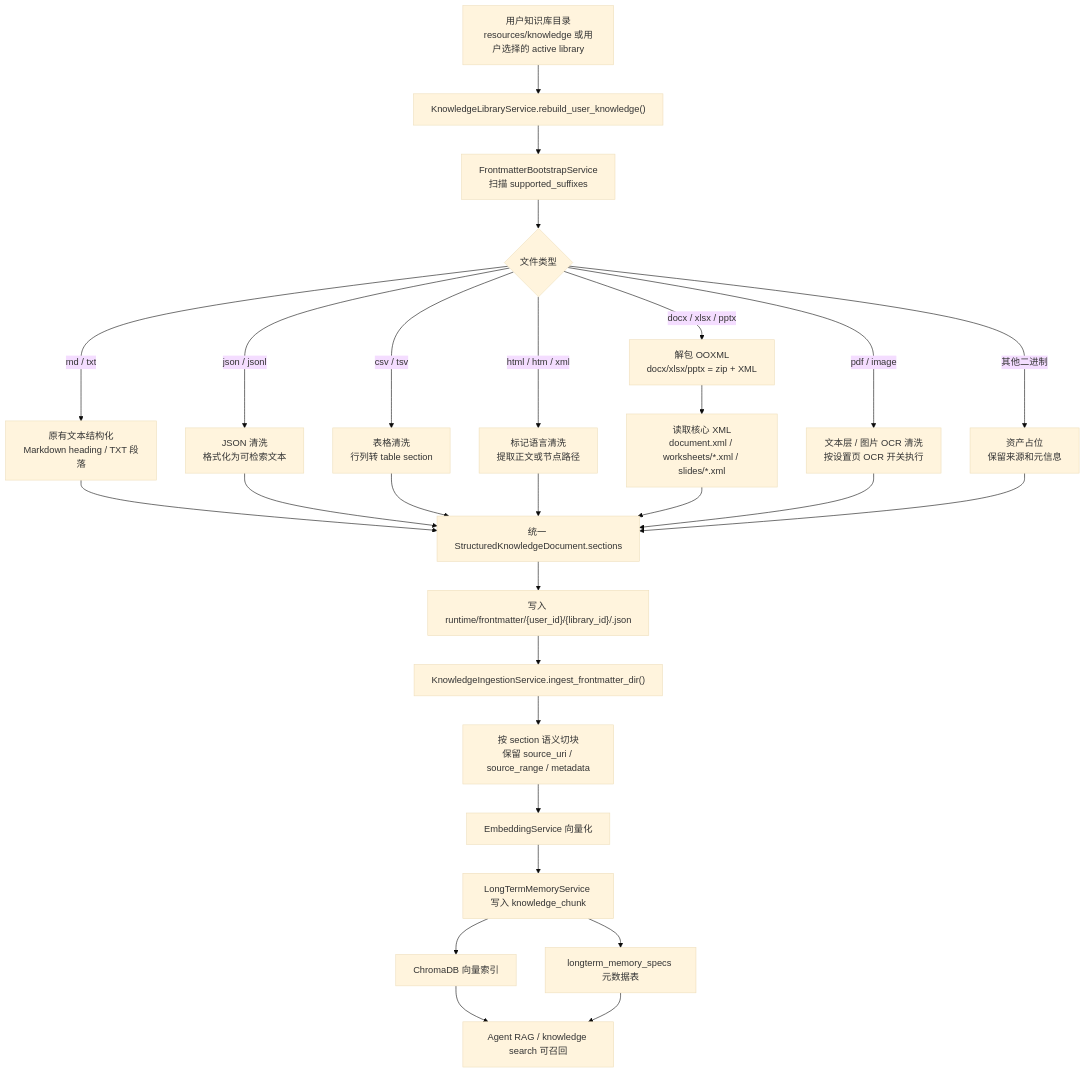
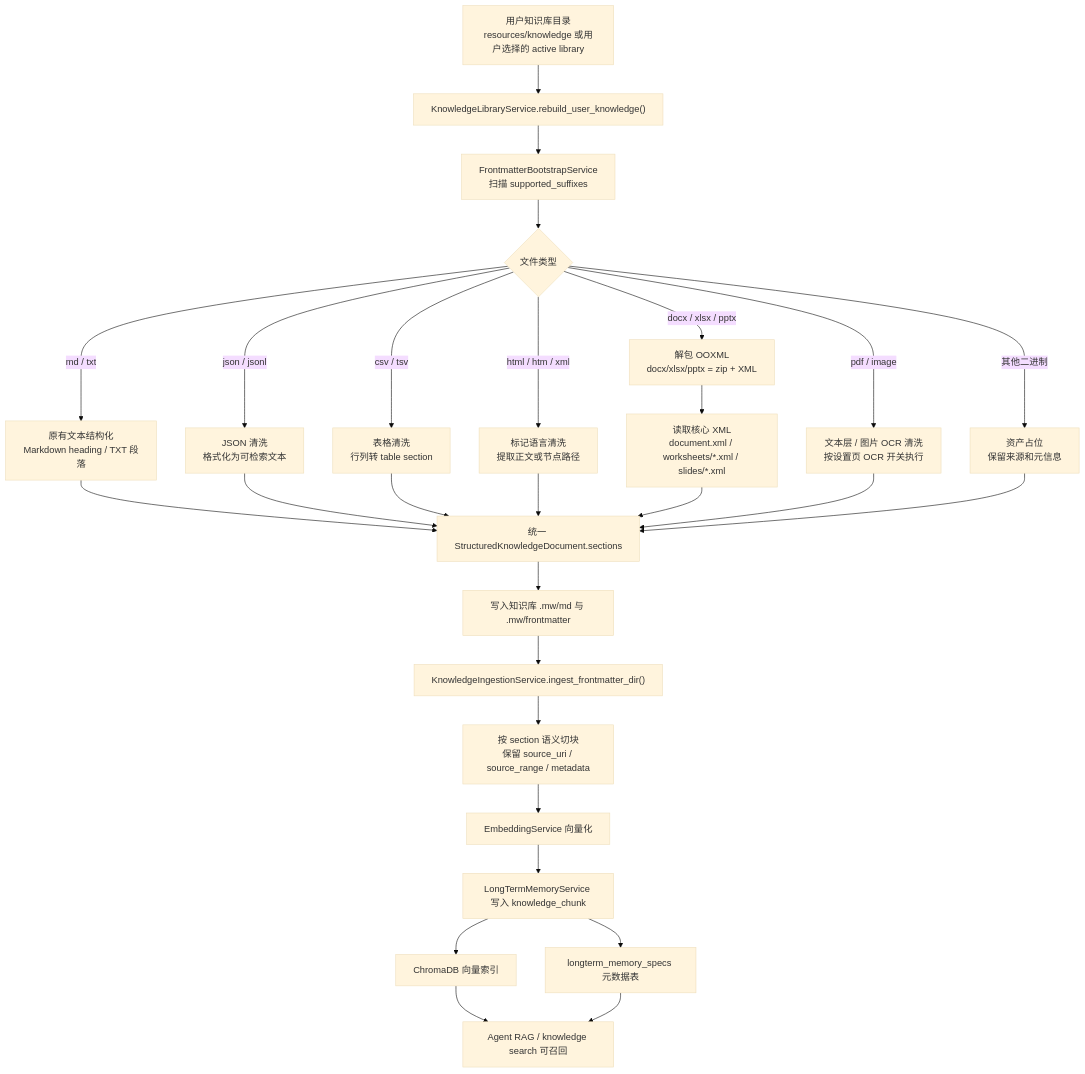
Diagram 18 of 23 in README.md (xiao-Huahuo/Agent-Core-Service), drawn with Mermaid (base theme) before and after one commit. The commit also changed other lines of this file and 12 other files, not shown here.

````diff
--- a/README.md
+++ b/README.md
@@ -1119,34 +1026,34 @@
 ```mermaid
 flowchart TD
     A["用户知识库目录<br/>resources/knowledge 或用户选择的 active library"] --> B["KnowledgeLibraryService.rebuild_user_knowledge()"]
     B --> C["FrontmatterBootstrapService<br/>扫描 supported_suffixes"]
 
     C --> D{"文件类型"}
     D -->|"md / txt"| E["原有文本结构化<br/>Markdown heading / TXT 段落"]
     D -->|"json / jsonl"| F["JSON 清洗<br/>格式化为可检索文本"]
     D -->|"csv / tsv"| G["表格清洗<br/>行列转 table section"]
     D -->|"html / htm / xml"| H["标记语言清洗<br/>提取正文或节点路径"]
     D -->|"docx / xlsx / pptx"| I0["解包 OOXML<br/>docx/xlsx/pptx = zip + XML"]
     I0 --> I["读取核心 XML<br/>document.xml / worksheets/*.xml / slides/*.xml"]
     D -->|"pdf / image"| J["文本层 / 图片 OCR 清洗<br/>按设置页 OCR 开关执行"]
     D -->|"其他二进制"| K["资产占位<br/>保留来源和元信息"]
 
     E --> L["统一 StructuredKnowledgeDocument.sections"]
     F --> L
     G --> L
     H --> L
     I --> L
     J --> L
     K --> L
 
-    L --> M["写入 runtime/frontmatter/{user_id}/{library_id}/<document>.json"]
+    L --> M["写入知识库 .mw/md 与 .mw/frontmatter"]
     M --> N["KnowledgeIngestionService.ingest_frontmatter_dir()"]
     N --> O["按 section 语义切块<br/>保留 source_uri / source_range / metadata"]
     O --> P["EmbeddingService 向量化"]
     P --> Q["LongTermMemoryService 写入 knowledge_chunk"]
     Q --> R["ChromaDB 向量索引"]
     Q --> S["longterm_memory_specs 元数据表"]
 
     R --> T["Agent RAG / knowledge search 可召回"]
     S --> T
 ```
````
